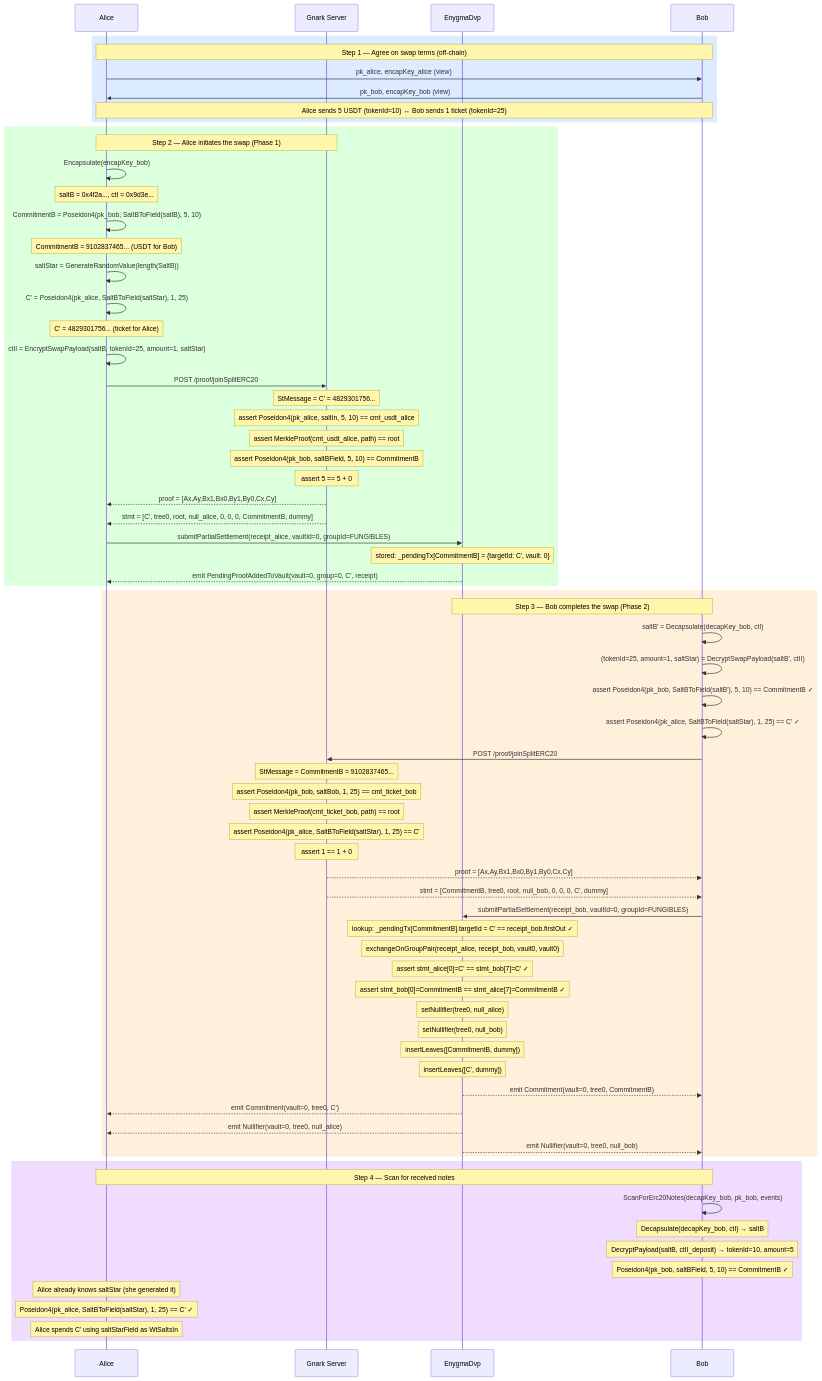
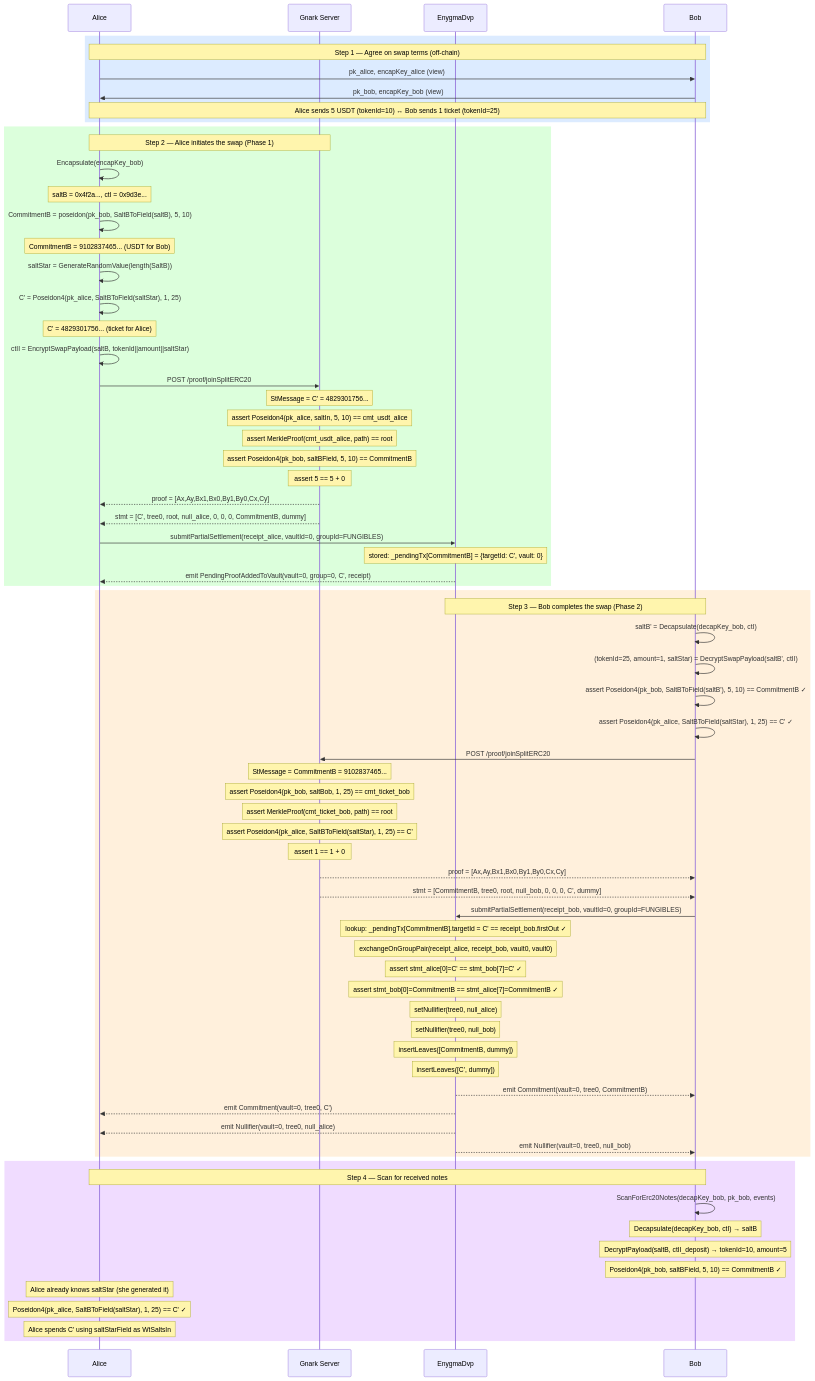
The diagram in enygma_dvp/docs/flows/06_swap_erc721_erc20.md (yaksetig/Enygma), drawn with Mermaid before and after one commit. The commit also changed 7 other files, not shown here.

```diff
--- a/enygma_dvp/docs/flows/06_swap_erc721_erc20.md
+++ b/enygma_dvp/docs/flows/06_swap_erc721_erc20.md
@@ -89,14 +89,14 @@
 
         Alice->>Alice: Encapsulate(encapKey_bob)
         Note over Alice: saltB = 0x4f2a..., ctI = 0x9d3e...
-        Alice->>Alice: CommitmentB = Poseidon4(pk_bob, SaltBToField(saltB), 5, 10)
+        Alice->>Alice: CommitmentB = poseidon(pk_bob, SaltBToField(saltB), 5, 10)
         Note over Alice: CommitmentB = 9102837465... (USDT for Bob)
 
         Alice->>Alice: saltStar = GenerateRandomValue(length(SaltB))
         Alice->>Alice: C' = Poseidon4(pk_alice, SaltBToField(saltStar), 1, 25)
         Note over Alice: C' = 4829301756... (ticket for Alice)
 
-        Alice->>Alice: ctII = EncryptSwapPayload(saltB, tokenId=25, amount=1, saltStar)
+        Alice->>Alice: ctII = EncryptSwapPayload(saltB, tokenId||amount||saltStar)
 
         Alice->>Gnark: POST /proof/joinSplitERC20
         Note over Gnark: StMessage = C' = 4829301756...
```
